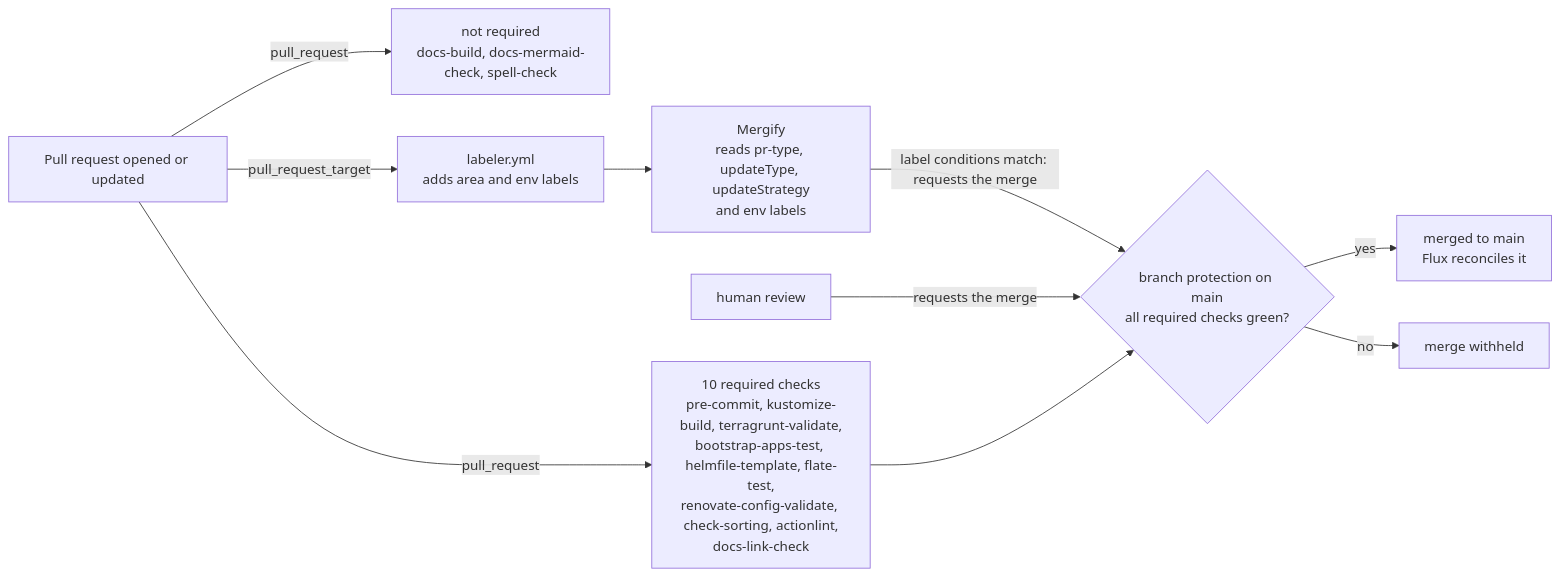
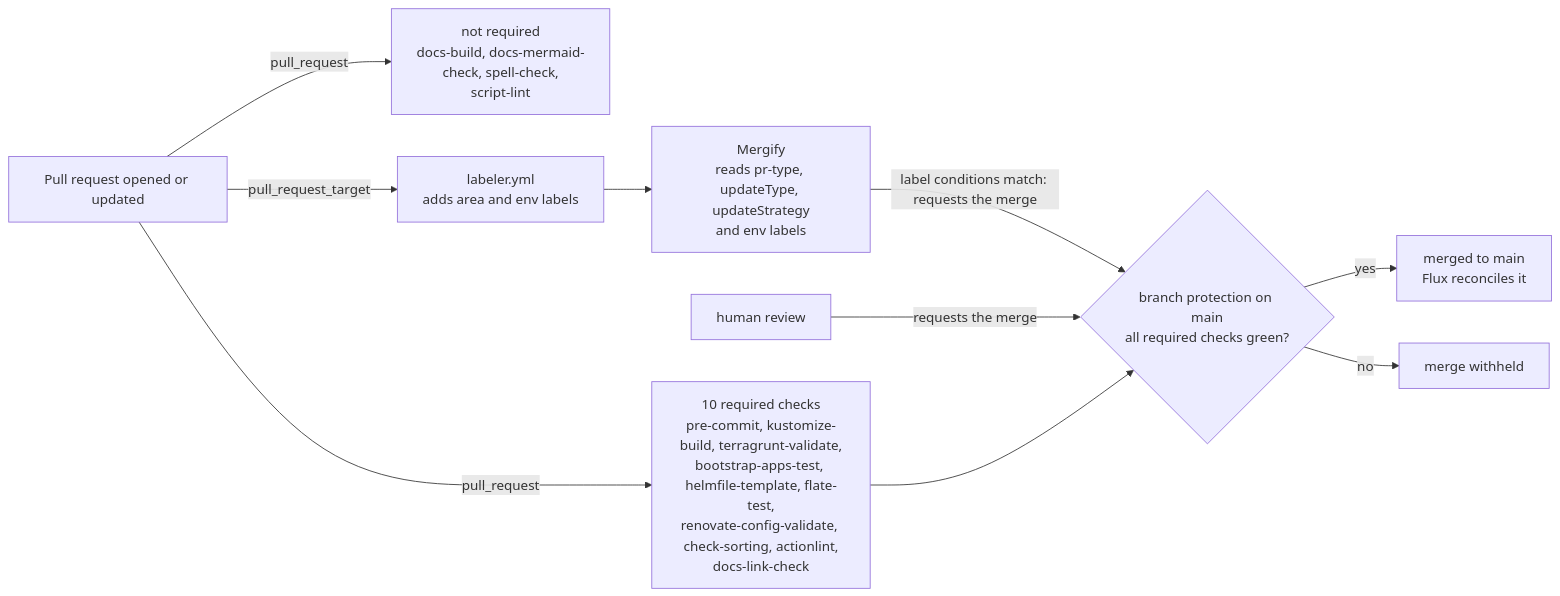
The diagram in docs/architecture/ci.md (isejalabs/homelab), drawn with Mermaid before and after one commit. The commit also changed other lines of this file and 12 other files, not shown here.

````diff
--- a/docs/architecture/ci.md
+++ b/docs/architecture/ci.md
@@ -35,18 +35,18 @@
 ```mermaid
 flowchart LR
     accTitle: Pull request path through CI, labeling and Mergify
-    accDescr: A pull request triggers the 11 validation workflows and the docs mermaid check on the pull_request event, and the labeler workflow on pull_request_target. Ten of the validation workflows are required status checks, while docs-build, docs-mermaid-check and spell-check are not. The labeler adds area and env labels that Mergify reads to decide whether it may merge a Renovate pull request. A human or Mergify can request the merge, and branch protection on main withholds it until every required check has passed.
+    accDescr: A pull request triggers the 11 validation workflows and the docs mermaid check on the pull_request event, and the labeler workflow on pull_request_target. Ten of the validation workflows are required status checks, while docs-build, docs-mermaid-check, spell-check and the script-lint job of the pre-commit workflow are not. The labeler adds area and env labels that Mergify reads to decide whether it may merge a Renovate pull request. A human or Mergify can request the merge, and branch protection on main withholds it until every required check has passed.
 
     pr["Pull request opened or updated"]
 
     pr -->|"pull_request"| required["10 required checks<br/>pre-commit, kustomize-build, terragrunt-validate,<br/>bootstrap-apps-test, helmfile-template, flate-test,<br/>renovate-config-validate, check-sorting, actionlint,<br/>docs-link-check"]
-    pr -->|"pull_request"| optional["not required<br/>docs-build, docs-mermaid-check, spell-check"]
+    pr -->|"pull_request"| optional["not required<br/>docs-build, docs-mermaid-check, spell-check,<br/>script-lint"]
     pr -->|"pull_request_target"| labeler["labeler.yml<br/>adds area and env labels"]
 
     labeler --> mergify["Mergify<br/>reads pr-type, updateType, updateStrategy<br/>and env labels"]
     mergify -->|"label conditions match: requests the merge"| gate
     human["human review"] -->|"requests the merge"| gate
     required --> gate{"branch protection on main<br/>all required checks green?"}
     gate -->|"yes"| main["merged to main<br/>Flux reconciles it"]
     gate -->|"no"| blocked["merge withheld"]
 ```
````
